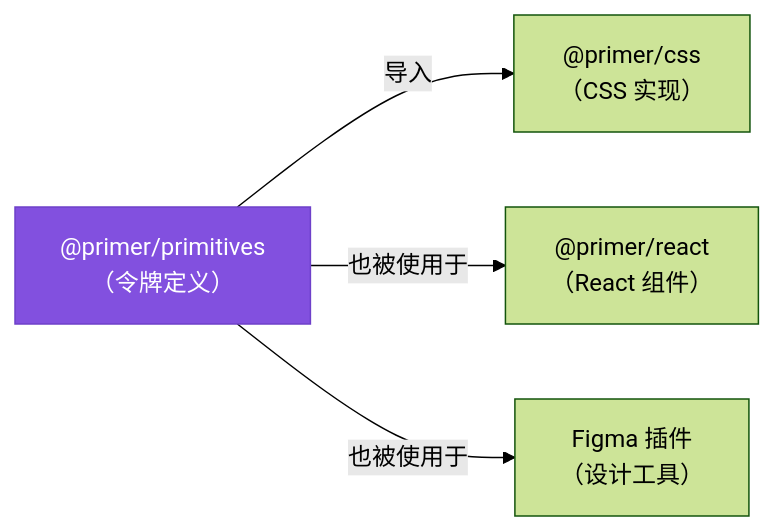
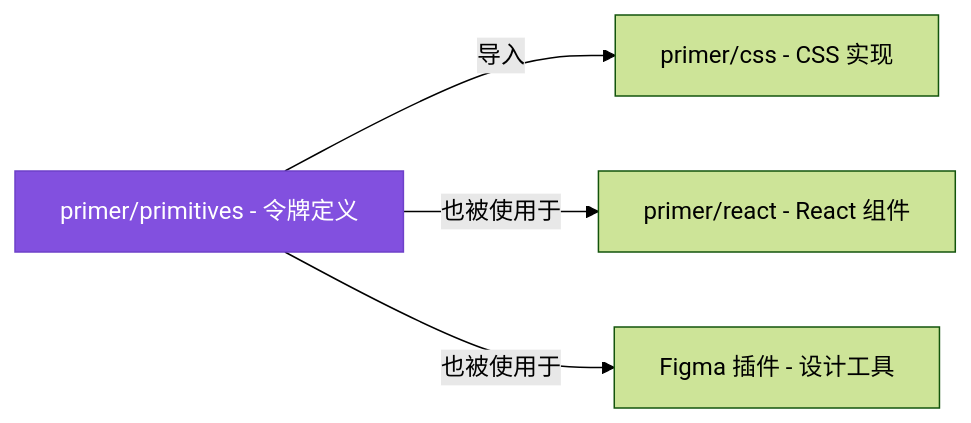
Before and after one commit to Cleam/primer-css: the fourth of 5 diagrams in learn/04-design-tokens.md, drawn with Mermaid (forest theme). The commit also changed other lines of this file and 10 other files, not shown here.

First line of the commit message:
Fix mermaid diagram syntax for GitHub rendering compatibility

````diff
--- a/learn/04-design-tokens.md
+++ b/learn/04-design-tokens.md
@@ -248,8 +248,8 @@
 ```mermaid
 graph LR
-    A["@primer/primitives<br/>（令牌定义）"] -->|"导入"| B["@primer/css<br/>（CSS 实现）"]
-    A -->|"也被使用于"| C["@primer/react<br/>（React 组件）"]
-    A -->|"也被使用于"| D["Figma 插件<br/>（设计工具）"]
+    A["primer/primitives - 令牌定义"] -->|"导入"| B["primer/css - CSS 实现"]
+    A -->|"也被使用于"| C["primer/react - React 组件"]
+    A -->|"也被使用于"| D["Figma 插件 - 设计工具"]
 
     style A fill:#8250df,stroke:#6e40c9,color:#fff
 ```
````
